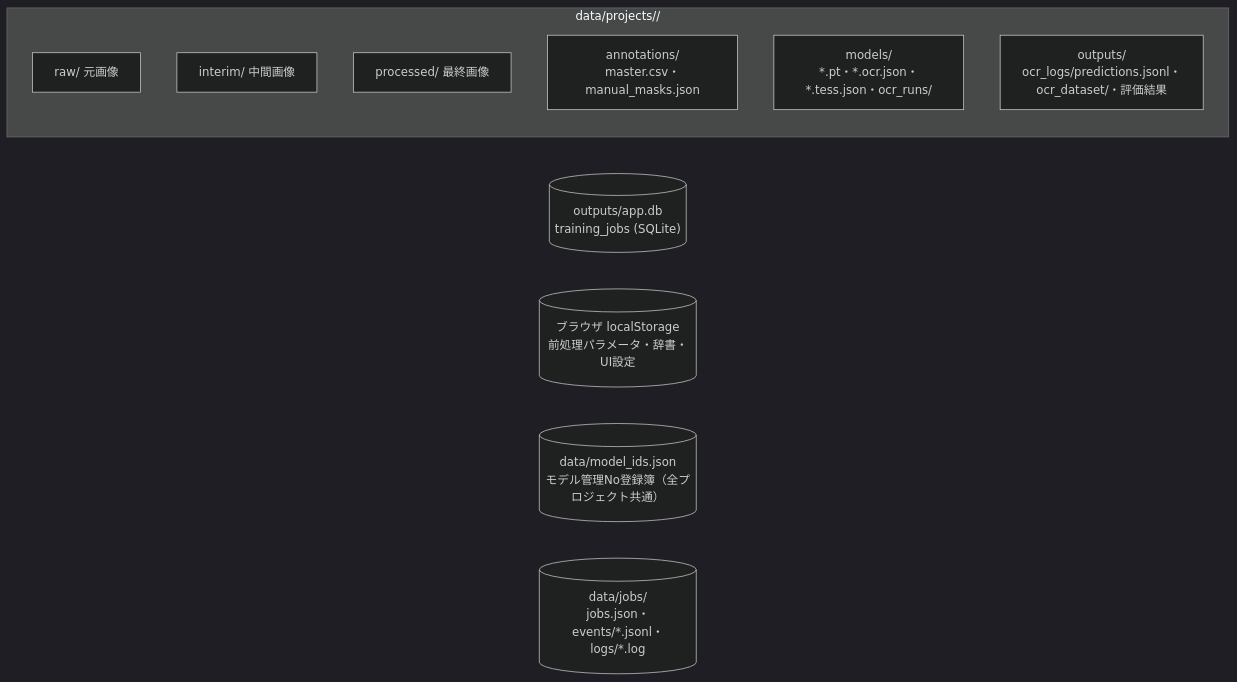
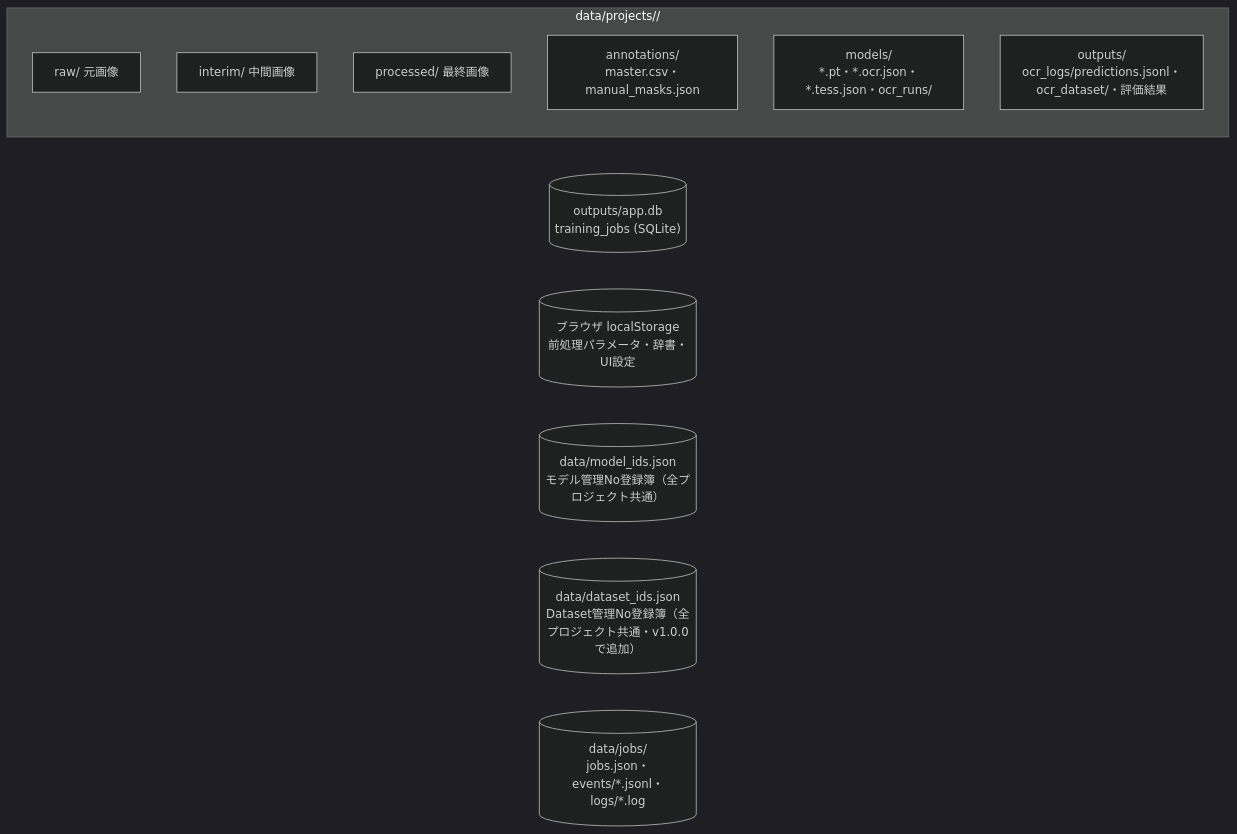
One commit to bs-shashimoto2048/OCR_Crafter changed the second of 2 diagrams in docs/17_DATAFLOW.md. Above: the diagram before and after it, drawn with Mermaid (dark theme). The commit also changed other lines of this file and 26 other files, not shown here.

````diff
--- a/docs/17_DATAFLOW.md
+++ b/docs/17_DATAFLOW.md
@@ -89,15 +93,16 @@
 ```mermaid
 flowchart LR
     subgraph FS["data/projects/<project_id>/"]
         RAW["raw/ 元画像"]
         INT["interim/ 中間画像"]
         PRC["processed/ 最終画像"]
         ANN["annotations/<br/>master.csv・manual_masks.json"]
         MDL["models/<br/>*.pt・*.ocr.json・*.tess.json・ocr_runs/"]
         OUT["outputs/<br/>ocr_logs/predictions.jsonl・ocr_dataset/・評価結果"]
     end
     DB[("outputs/app.db<br/>training_jobs (SQLite)")]
     LS[("ブラウザ localStorage<br/>前処理パラメータ・辞書・UI設定")]
     MID[("data/model_ids.json<br/>モデル管理No登録簿（全プロジェクト共通）")]
+    DSID[("data/dataset_ids.json<br/>Dataset管理No登録簿（全プロジェクト共通・v1.0.0で追加）")]
     JOBS[("data/jobs/<br/>jobs.json・events/*.jsonl・logs/*.log")]
 ```
````
